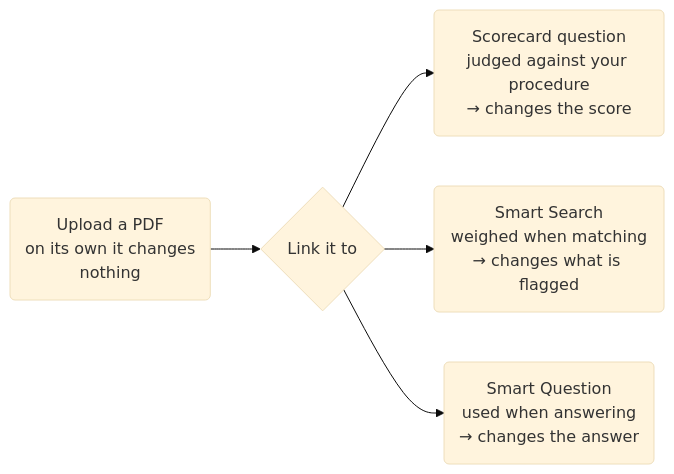
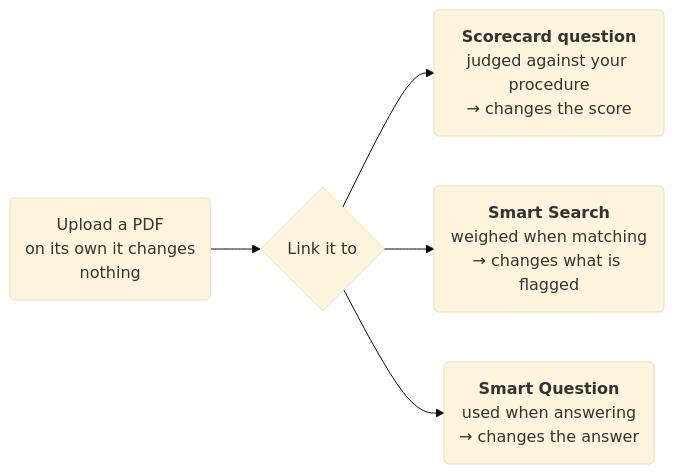
Before and after one commit to Botlhale-AI/docs-vela: the diagram in docs/knowledge-base-guide.md, drawn with Mermaid (base theme). The commit also changed other lines of this file, not shown here.

````diff
--- a/docs/knowledge-base-guide.md
+++ b/docs/knowledge-base-guide.md
@@ -36,7 +36,7 @@
 ```mermaid
 flowchart LR
     U("Upload a PDF<br/>on its own it changes<br/>nothing") --> L{"Link it to"}
-    L --> S("Scorecard question<br/>judged against your procedure<br/>→ changes the score")
-    L --> M("Smart Search<br/>weighed when matching<br/>→ changes what is flagged")
-    L --> Q("Smart Question<br/>used when answering<br/>→ changes the answer")
+    L --> S("<b>Scorecard question</b><br/>judged against your procedure<br/>→ changes the score")
+    L --> M("<b>Smart Search</b><br/>weighed when matching<br/>→ changes what is flagged")
+    L --> Q("<b>Smart Question</b><br/>used when answering<br/>→ changes the answer")
 ```
````
